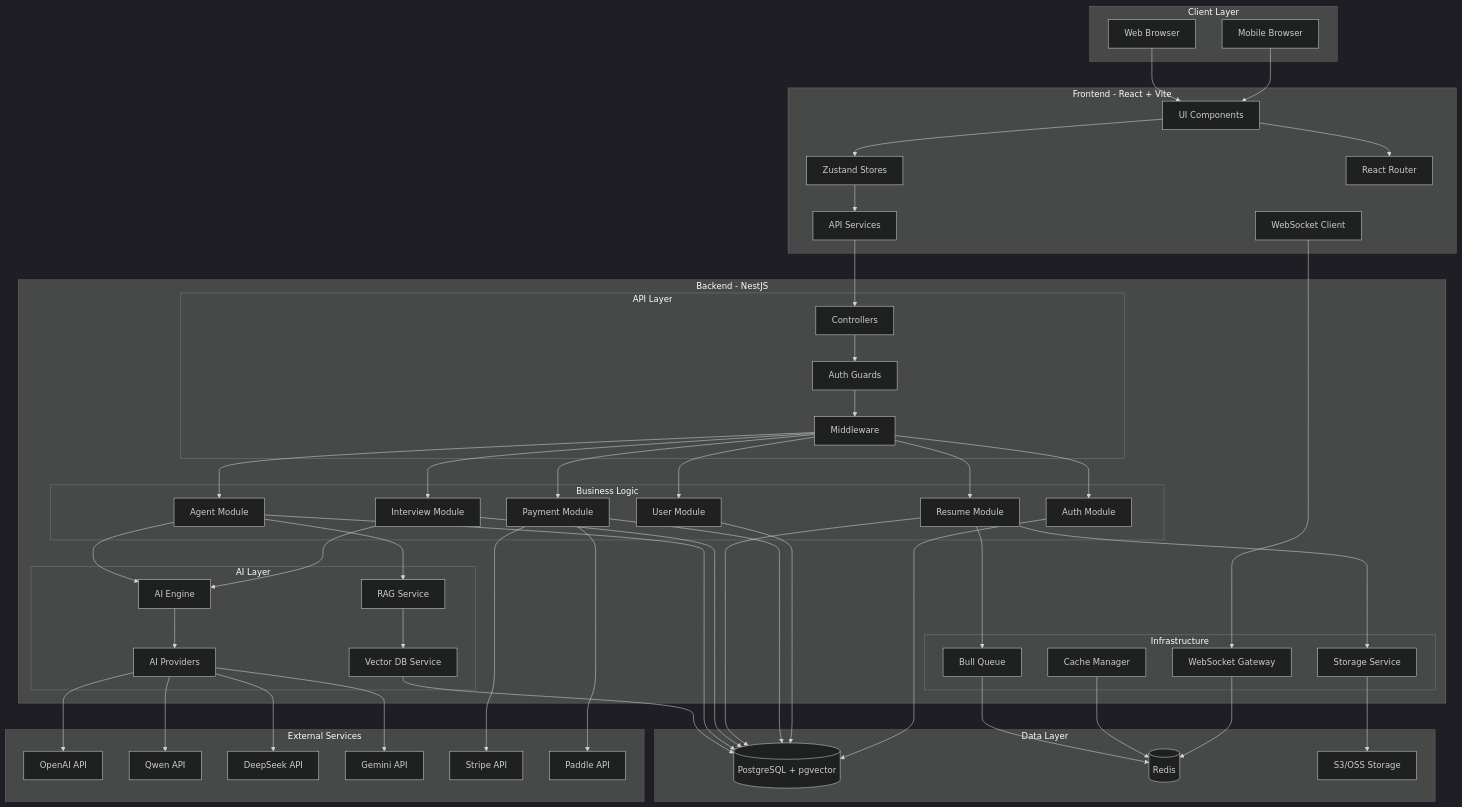
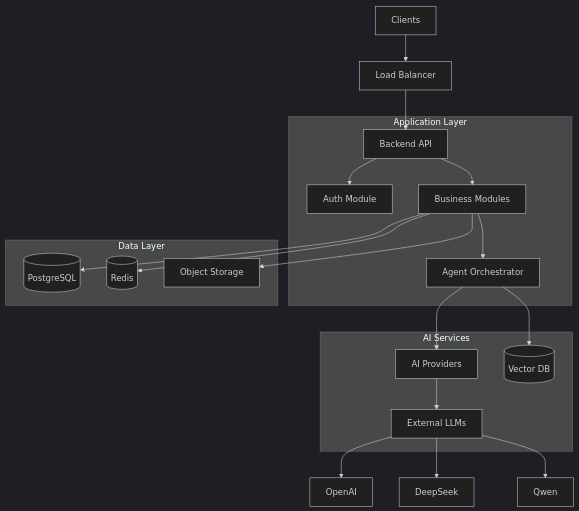
The first of 6 diagrams in docs/architecture/system-architecture.md (xuanyiying/IntervAI), drawn with Mermaid (dark theme) before and after one commit. The commit also changed other lines of this file and 5 other files, not shown here.

First line of the commit message:
docs: update documentation structure and system architecture

````diff
--- a/docs/architecture/system-architecture.md
+++ b/docs/architecture/system-architecture.md
@@ -9,107 +11,27 @@
 ```mermaid
 graph TB
-    subgraph "Client Layer"
-        WEB[Web Browser]
-        MOBILE[Mobile Browser]
-    end
-
-    subgraph "Frontend - React + Vite"
-        UI[UI Components]
-        STORES[Zustand Stores]
-        SERVICES[API Services]
-        ROUTER[React Router]
-        WS_CLIENT[WebSocket Client]
-    end
-
-    subgraph "Backend - NestJS"
-        subgraph "API Layer"
-            CONTROLLERS[Controllers]
-            GUARDS[Auth Guards]
-            MIDDLEWARE[Middleware]
-        end
-
-        subgraph "Business Logic"
-            AGENT[Agent Module]
-            INTERVIEW[Interview Module]
-            RESUME[Resume Module]
-            PAYMENT[Payment Module]
-            USER[User Module]
-            AUTH[Auth Module]
-        end
-
-        subgraph "Infrastructure"
-            STORAGE[Storage Service]
-            QUEUE[Bull Queue]
-            CACHE[Cache Manager]
-            WS_GATEWAY[WebSocket Gateway]
-        end
-
-        subgraph "AI Layer"
-            AI_ENGINE[AI Engine]
-            AI_PROVIDERS[AI Providers]
-            RAG[RAG Service]
-            VECTOR[Vector DB Service]
-        end
+    Client[Clients] --> LB[Load Balancer]
+    LB --> API[Backend API]
+    
+    subgraph "Application Layer"
+        API --> Auth[Auth Module]
+        API --> Biz[Business Modules]
+        Biz --> Agent[Agent Orchestrator]
     end
 
     subgraph "Data Layer"
-        POSTGRES[(PostgreSQL + pgvector)]
-        REDIS[(Redis)]
-        S3[S3/OSS Storage]
+        Biz --> DB[(PostgreSQL)]
+        Biz --> Cache[(Redis)]
+        Biz --> Storage[Object Storage]
     end
 
-    subgraph "External Services"
-        OPENAI[OpenAI API]
-        QWEN[Qwen API]
-        DEEPSEEK[DeepSeek API]
-        GEMINI[Gemini API]
-        STRIPE[Stripe API]
-        PADDLE[Paddle API]
+    subgraph "AI Services"
+        Agent --> Providers[AI Providers]
+        Providers --> LLMs[External LLMs]
+        Agent --> VectorDB[(Vector DB)]
     end
 
-    WEB --> UI
-    MOBILE --> UI
-    UI --> STORES
-    UI --> ROUTER
-    STORES --> SERVICES
-    SERVICES --> CONTROLLERS
-    WS_CLIENT --> WS_GATEWAY
-
-    CONTROLLERS --> GUARDS
-    GUARDS --> MIDDLEWARE
-    MIDDLEWARE --> AGENT
-    MIDDLEWARE --> INTERVIEW
-    MIDDLEWARE --> RESUME
-    MIDDLEWARE --> PAYMENT
-    MIDDLEWARE --> USER
-    MIDDLEWARE --> AUTH
-
-    AGENT --> AI_ENGINE
-    INTERVIEW --> AI_ENGINE
-    RESUME --> STORAGE
-    RESUME --> QUEUE
-    PAYMENT --> STRIPE
-    PAYMENT --> PADDLE
-
-    AI_ENGINE --> AI_PROVIDERS
-    AI_PROVIDERS --> OPENAI
-    AI_PROVIDERS --> QWEN
-    AI_PROVIDERS --> DEEPSEEK
-    AI_PROVIDERS --> GEMINI
-
-    AGENT --> RAG
-    RAG --> VECTOR
-    VECTOR --> POSTGRES
-
-    STORAGE --> S3
-    QUEUE --> REDIS
-    CACHE --> REDIS
-    WS_GATEWAY --> REDIS
-
-    AGENT --> POSTGRES
-    INTERVIEW --> POSTGRES
-    RESUME --> POSTGRES
-    PAYMENT --> POSTGRES
-    USER --> POSTGRES
-    AUTH --> POSTGRES
+    LLMs --> OpenAI
+    LLMs --> DeepSeek
+    LLMs --> Qwen
 ```
````
